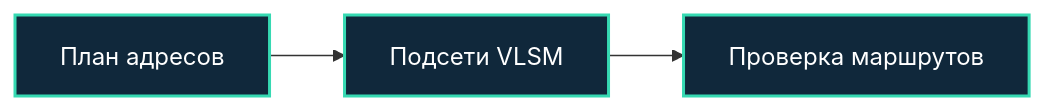
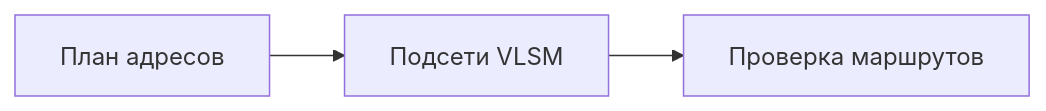
The diagram in labs/network/02-subnet-masks/README.md (ustinovlev039-cpu/praaactice), drawn with Mermaid before and after one commit. The commit also changed other lines of this file and 60 other files, not shown here.

Commit message:
docs: simplify diagrams, headings and portfolio presentation

````diff
--- a/labs/network/02-subnet-masks/README.md
+++ b/labs/network/02-subnet-masks/README.md
@@ -15,8 +15,7 @@
 ```mermaid
 flowchart LR
     n0["План адресов"]
     n1["Подсети VLSM"]
     n2["Проверка маршрутов"]
     n0 --> n1 --> n2
-    classDef default fill:#10283b,stroke:#36d9b2,color:#ffffff,stroke-width:2px
 ```
````
